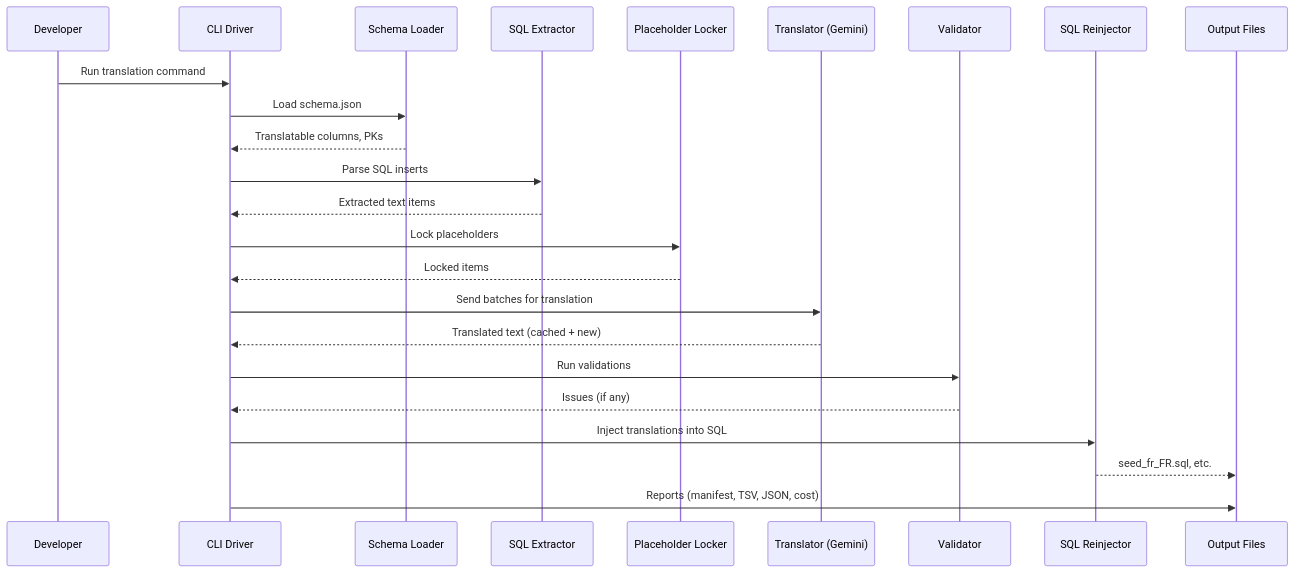
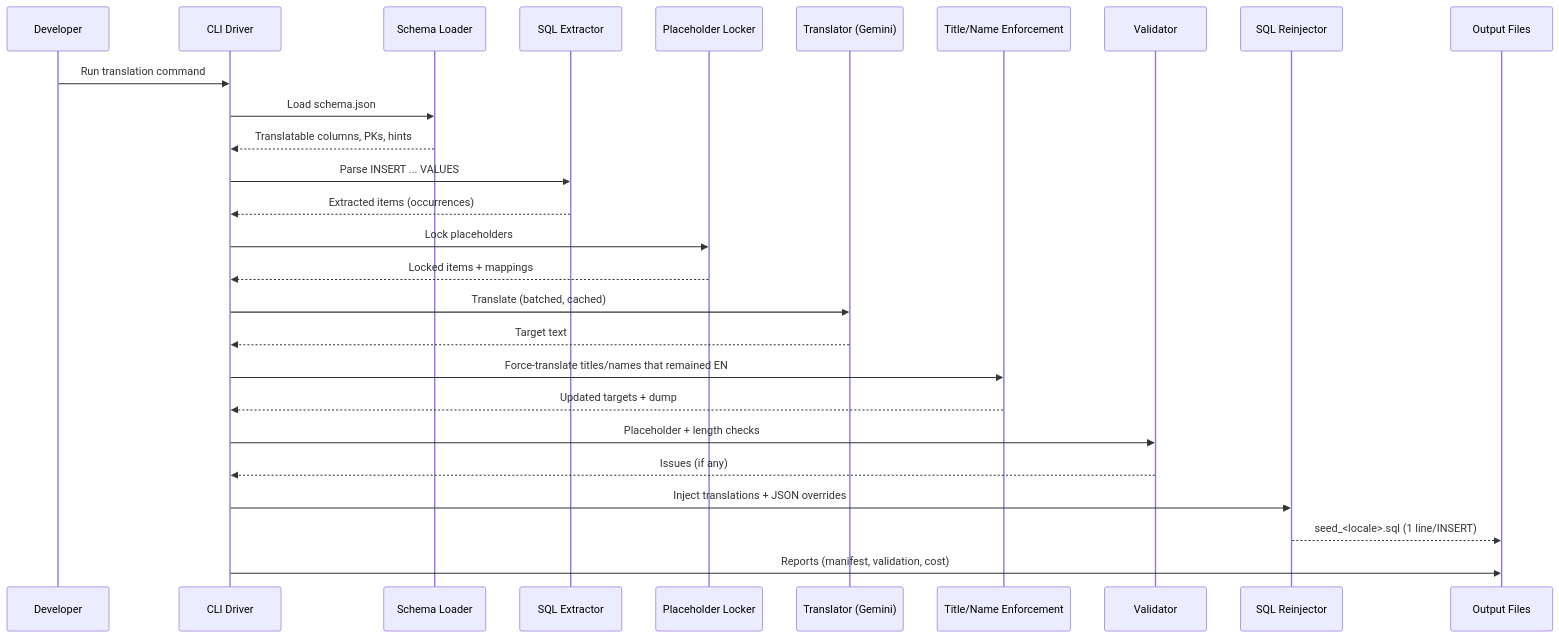
The second of 2 diagrams in README.md (Saad030303/Translation_Pipeline_i18n), drawn with Mermaid before and after one commit. The commit also changed other lines of this file, not shown here.

````diff
--- a/README.md
+++ b/README.md
@@ -82,28 +73,30 @@
 ```mermaid
 sequenceDiagram
     participant Dev as Developer
     participant CLI as CLI Driver
     participant Loader as Schema Loader
     participant Extractor as SQL Extractor
     participant Lock as Placeholder Locker
     participant Trans as Translator (Gemini)
+    participant Enf as Title/Name Enforcement
     participant Valid as Validator
     participant Reinj as SQL Reinjector
     participant Out as Output Files
 
     Dev->>CLI: Run translation command
     CLI->>Loader: Load schema.json
-    Loader-->>CLI: Translatable columns, PKs
-    CLI->>Extractor: Parse SQL inserts
-    Extractor-->>CLI: Extracted text items
+    Loader-->>CLI: Translatable columns, PKs, hints
+    CLI->>Extractor: Parse INSERT ... VALUES
+    Extractor-->>CLI: Extracted items (occurrences)
     CLI->>Lock: Lock placeholders
-    Lock-->>CLI: Locked items
-    CLI->>Trans: Send batches for translation
-    Trans-->>CLI: Translated text (cached + new)
-    CLI->>Valid: Run validations
+    Lock-->>CLI: Locked items + mappings
+    CLI->>Trans: Translate (batched, cached)
+    Trans-->>CLI: Target text
+    CLI->>Enf: Force-translate titles/names that remained EN
+    Enf-->>CLI: Updated targets + dump
+    CLI->>Valid: Placeholder + length checks
     Valid-->>CLI: Issues (if any)
-    CLI->>Reinj: Inject translations into SQL
-    Reinj-->>Out: seed_fr_FR.sql, etc.
-    CLI->>Out: Reports (manifest, TSV, JSON, cost)
-
+    CLI->>Reinj: Inject translations + JSON overrides
+    Reinj-->>Out: seed_<locale>.sql (1 line/INSERT)
+    CLI->>Out: Reports (manifest, validation, cost)
 ```
````
